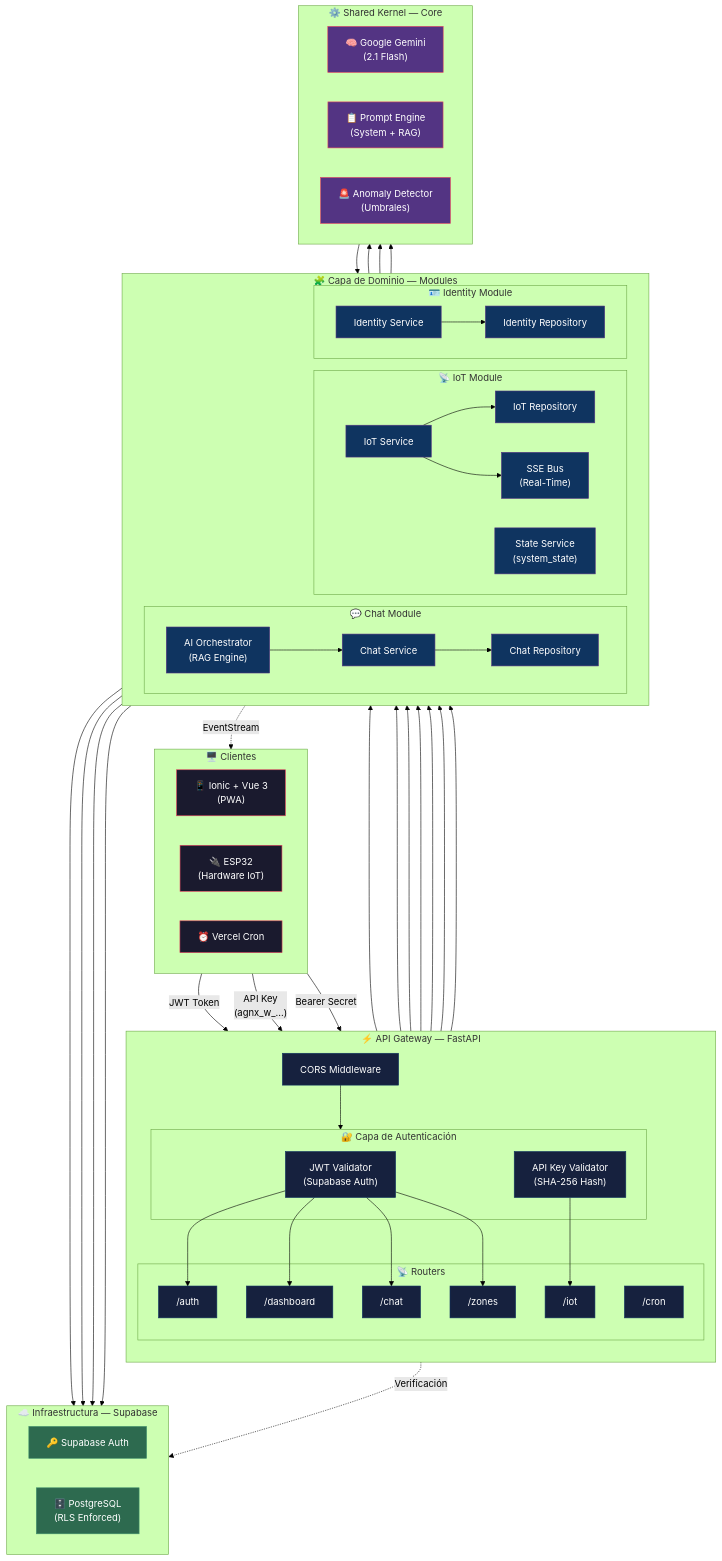
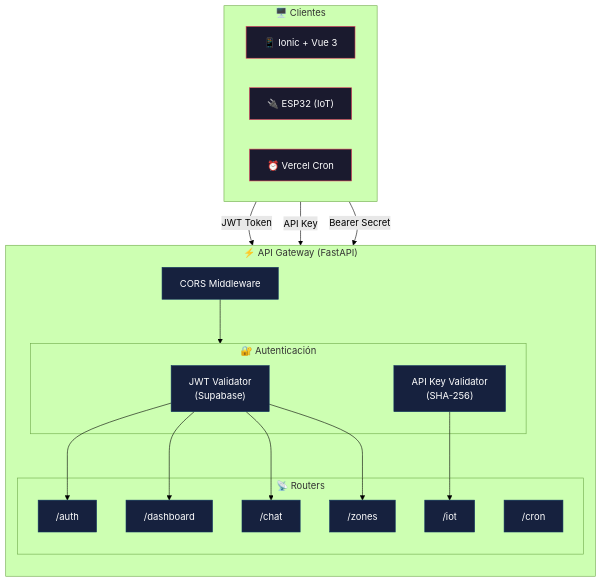
The first of 4 diagrams in README.md (LNieto-V/agronexus_ai), drawn with Mermaid (forest theme) before and after one commit. The commit also changed other lines of this file, not shown here.

Commit message:
docs: modularizar diagramas de arquitectura para mejor legibilidad

````diff
--- a/README.md
+++ b/README.md
@@ -18,21 +21,19 @@
 ```mermaid
 graph TB
-    %% ── Clientes ──
     subgraph Clients["🖥️ Clientes"]
         direction LR
-        UI["📱 Ionic + Vue 3<br/>(PWA)"]
-        ESP["🔌 ESP32<br/>(Hardware IoT)"]
+        UI["📱 Ionic + Vue 3"]
+        ESP["🔌 ESP32 (IoT)"]
         CRON["⏰ Vercel Cron"]
     end
 
-    %% ── API Gateway ──
-    subgraph Gateway["⚡ API Gateway — FastAPI"]
+    subgraph Gateway["⚡ API Gateway (FastAPI)"]
         direction TB
         CORS["CORS Middleware"]
         
-        subgraph Auth["🔐 Capa de Autenticación"]
-            JWT["JWT Validator<br/>(Supabase Auth)"]
-            APIKEY["API Key Validator<br/>(SHA-256 Hash)"]
+        subgraph Auth["🔐 Autenticación"]
+            JWT["JWT Validator<br/>(Supabase)"]
+            APIKEY["API Key Validator<br/>(SHA-256)"]
         end
 
         subgraph Routes["📡 Routers"]
@@ -45,87 +46,16 @@
         end
     end
 
-    %% ── Dominios ──
-    subgraph Domains["🧩 Capa de Dominio — Modules"]
-        direction LR
-        subgraph MOD_IOT["📡 IoT Module"]
-            IOT_SVC["IoT Service"]
-            IOT_REPO["IoT Repository"]
-            SSE["SSE Bus<br/>(Real-Time)"]
-            STATE["State Service<br/>(system_state)"]
-        end
-
-        subgraph MOD_CHAT["💬 Chat Module"]
-            CHAT_SVC["Chat Service"]
-            CHAT_REPO["Chat Repository"]
-            ORCH["AI Orchestrator<br/>(RAG Engine)"]
-        end
-
-        subgraph MOD_ID["🪪 Identity Module"]
-            ID_SVC["Identity Service"]
-            ID_REPO["Identity Repository"]
-        end
-    end
-
-    %% ── Núcleo ──
-    subgraph Core["⚙️ Shared Kernel — Core"]
-        direction LR
-        GEMINI["🧠 Google Gemini<br/>(2.1 Flash)"]
-        PROMPTS["📋 Prompt Engine<br/>(System + RAG)"]
-        ANOMALY["🚨 Anomaly Detector<br/>(Umbrales)"]
-    end
-
-    %% ── Persistencia ──
-    subgraph Infra["☁️ Infraestructura — Supabase"]
-        direction LR
-        SB_AUTH["🔑 Supabase Auth"]
-        SB_DB["🗄️ PostgreSQL<br/>(RLS Enforced)"]
-    end
-
-    %% ── Flujos de Clientes ──
     UI -->|"JWT Token"| CORS
-    ESP -->|"API Key<br/>(agnx_w_...)"| CORS
+    ESP -->|"API Key"| CORS
     CRON -->|"Bearer Secret"| R_CRON
 
     CORS --> Auth
     JWT --> R_AUTH & R_DASH & R_CHAT & R_ZONES
     APIKEY --> R_IOT
 
-    %% ── Flujos de Routers a Dominio ──
-    R_IOT --> IOT_SVC
-    R_DASH --> IOT_SVC & STATE
-    R_CHAT --> ORCH
-    R_ZONES --> IOT_SVC
-    R_AUTH --> ID_SVC
-    R_CRON --> ORCH
-
-    %% ── Flujos Internos del Dominio ──
-    IOT_SVC --> IOT_REPO & SSE & ANOMALY
-    ORCH --> CHAT_SVC & PROMPTS & GEMINI
-    CHAT_SVC --> CHAT_REPO
-    ID_SVC --> ID_REPO
-    ANOMALY --> ORCH
-
-    %% ── Flujos a Infraestructura ──
-    IOT_REPO --> SB_DB
-    CHAT_REPO --> SB_DB
-    ID_REPO --> SB_DB
-    STATE --> SB_DB
-    JWT -.->|"Verificación"| SB_AUTH
-
-    %% ── Flujo SSE al Cliente ──
-    SSE -.->|"EventStream"| UI
-
-    %% ── Estilos ──
     classDef client fill:#1a1a2e,stroke:#e94560,color:#fff
     classDef gateway fill:#16213e,stroke:#0f3460,color:#fff
-    classDef domain fill:#0f3460,stroke:#533483,color:#fff
-    classDef core fill:#533483,stroke:#e94560,color:#fff
-    classDef infra fill:#2d6a4f,stroke:#40916c,color:#fff
-
     class UI,ESP,CRON client
     class CORS,JWT,APIKEY,R_AUTH,R_IOT,R_DASH,R_CHAT,R_ZONES,R_CRON gateway
-    class IOT_SVC,IOT_REPO,SSE,STATE,CHAT_SVC,CHAT_REPO,ORCH,ID_SVC,ID_REPO domain
-    class GEMINI,PROMPTS,ANOMALY core
-    class SB_AUTH,SB_DB infra
 ```
````
